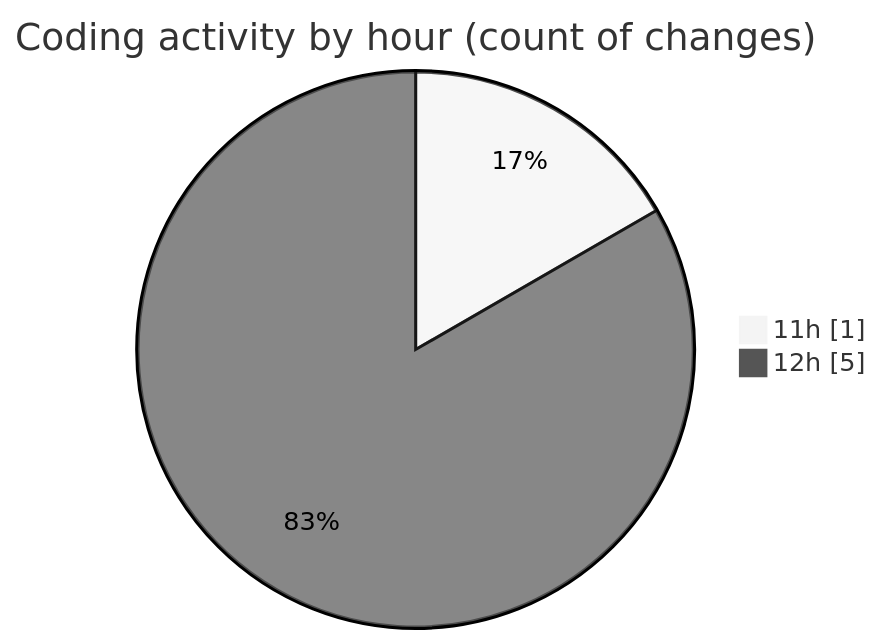
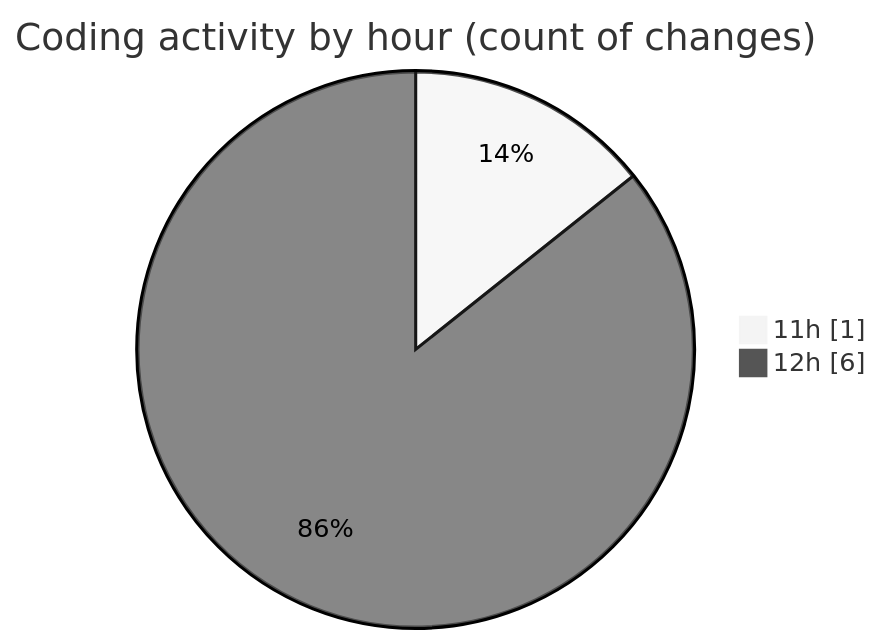
Before and after one commit to nxtqubesakshisongat/code-tracking: the second of 2 diagrams in 2026-05-17/nxtqube_webapp/README.md, drawn with Mermaid (neutral theme). The commit also changed other lines of this file and 1 other file, not shown here.

````diff
--- a/2026-05-17/nxtqube_webapp/README.md
+++ b/2026-05-17/nxtqube_webapp/README.md
@@ -30,6 +30,6 @@
 ```mermaid
 pie showData
 title Coding activity by hour (count of changes)
 "11h" : 1
-"12h" : 5
+"12h" : 6
 ```
````
